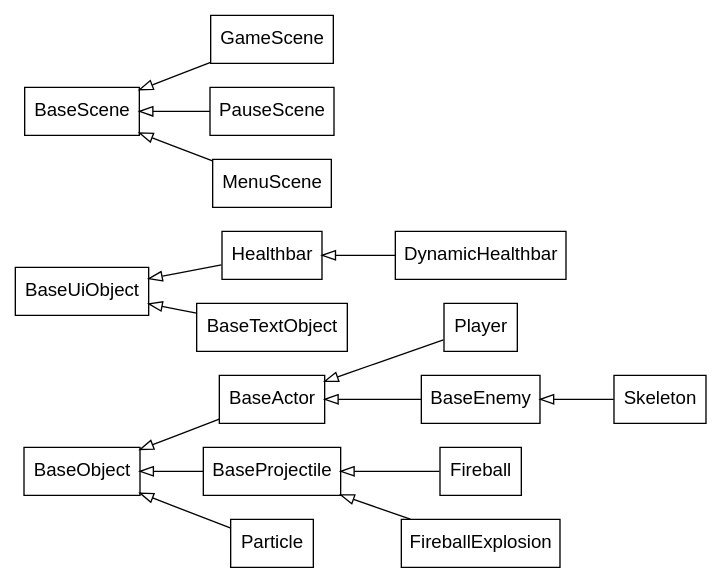
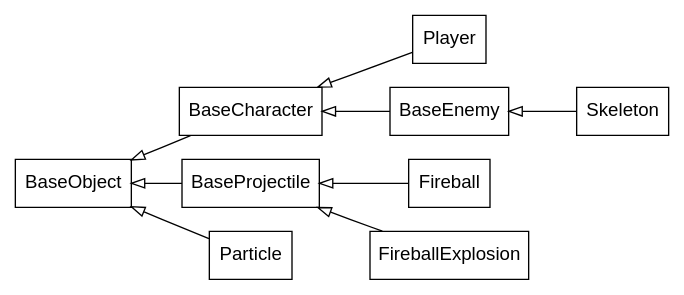
One commit to lachfoy/2dgameABANDONED changed the diagram in inheritance.gv. Above: the diagram before and after it, drawn with Graphviz. The commit also changed 17 other files, not shown here.

Commit message:
rename BaseActor->BaseCharacter

```diff
--- a/inheritance.gv
+++ b/inheritance.gv
@@ -1,24 +1,24 @@
 digraph inheritance {
     //size="800,600"
     rankdir="LR"
     node [shape=box fontname="Helvetica,Arial,sans-serif"]
     edge [dir=back arrowtail=empty]
 
     subgraph objects {
-        BaseObject->{BaseActor, BaseProjectile, Particle}
-        BaseActor->{Player, BaseEnemy}
+        BaseObject->{BaseCharacter, BaseProjectile, Particle}
+        BaseCharacter->{Player, BaseEnemy}
         BaseProjectile->{Fireball, FireballExplosion}
         BaseEnemy->Skeleton
     }
 
-    subgraph uiObjects {
-        BaseUiObject->{Healthbar, BaseTextObject}
-        Healthbar->DynamicHealthbar
-    }
+    // subgraph uiObjects {
+    //     BaseUiObject->{Healthbar, BaseTextObject}
+    //     Healthbar->DynamicHealthbar
+    // }
 
-    subgraph scenes {
-        BaseScene->{GameScene, PauseScene, MenuScene}
-    }
+    // subgraph scenes {
+    //     BaseScene->{GameScene, PauseScene, MenuScene}
+    // }
 }
 
 // use `dot -Tpng -O inheritance.gv` to generate a .png
```
